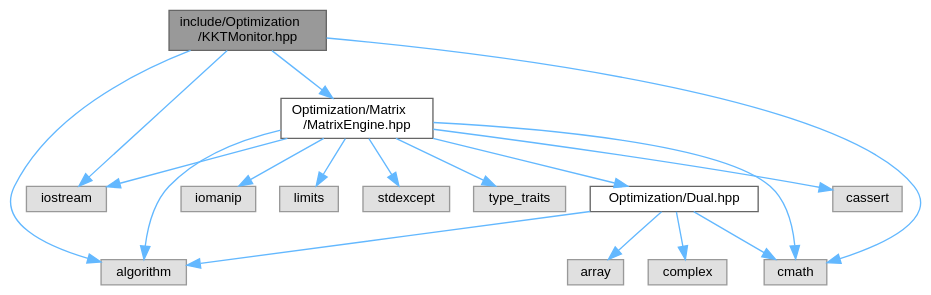
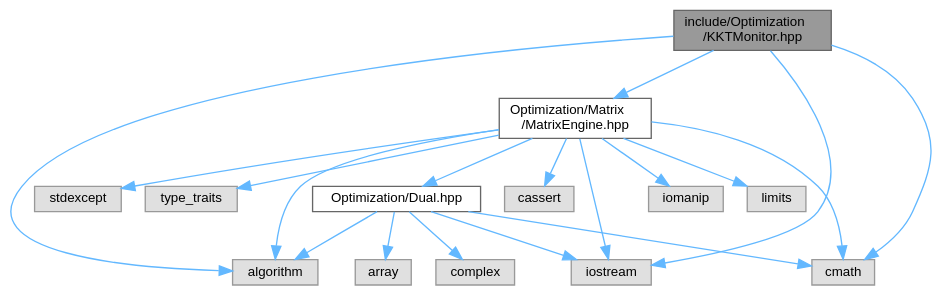
One commit to jswoo0615/Algorithms_for_Optimization_cpp changed the diagram in KKTMonitor_8hpp__incl.dot. Above: the diagram before and after it, drawn with Graphviz. The commit also changed 38 other files, not shown here.

```diff
--- a/KKTMonitor_8hpp__incl.dot
+++ b/KKTMonitor_8hpp__incl.dot
@@ -1,37 +1,38 @@
 digraph "include/Optimization/KKTMonitor.hpp"
 {
  // LATEX_PDF_SIZE
   bgcolor="transparent";
   edge [fontname=Helvetica,fontsize=10,labelfontname=Helvetica,labelfontsize=10];
   node [fontname=Helvetica,fontsize=10,shape=box,height=0.2,width=0.4];
   Node1 [id="Node000001",label="include/Optimization\l/KKTMonitor.hpp",height=0.2,width=0.4,color="gray40", fillcolor="grey60", style="filled", fontcolor="black",tooltip="KKT(Karush-Kuhn-Tucker) 조건 감시 및 최적해 검증 모니터 구현"];
   Node1 -> Node2 [id="edge1_Node000001_Node000002",color="steelblue1",style="solid",tooltip=" "];
   Node2 [id="Node000002",label="algorithm",height=0.2,width=0.4,color="grey60", fillcolor="#E0E0E0", style="filled",tooltip=" "];
   Node1 -> Node3 [id="edge2_Node000001_Node000003",color="steelblue1",style="solid",tooltip=" "];
   Node3 [id="Node000003",label="cmath",height=0.2,width=0.4,color="grey60", fillcolor="#E0E0E0", style="filled",tooltip=" "];
   Node1 -> Node4 [id="edge3_Node000001_Node000004",color="steelblue1",style="solid",tooltip=" "];
   Node4 [id="Node000004",label="iostream",height=0.2,width=0.4,color="grey60", fillcolor="#E0E0E0", style="filled",tooltip=" "];
   Node1 -> Node5 [id="edge4_Node000001_Node000005",color="steelblue1",style="solid",tooltip=" "];
   Node5 [id="Node000005",label="Optimization/Matrix\l/MatrixEngine.hpp",height=0.2,width=0.4,color="grey40", fillcolor="white", style="filled",URL="$MatrixEngine_8hpp_source.html",tooltip=" "];
   Node5 -> Node2 [id="edge5_Node000005_Node000002",color="steelblue1",style="solid",tooltip=" "];
   Node5 -> Node6 [id="edge6_Node000005_Node000006",color="steelblue1",style="solid",tooltip=" "];
   Node6 [id="Node000006",label="cassert",height=0.2,width=0.4,color="grey60", fillcolor="#E0E0E0", style="filled",tooltip=" "];
   Node5 -> Node3 [id="edge7_Node000005_Node000003",color="steelblue1",style="solid",tooltip=" "];
   Node5 -> Node7 [id="edge8_Node000005_Node000007",color="steelblue1",style="solid",tooltip=" "];
   Node7 [id="Node000007",label="iomanip",height=0.2,width=0.4,color="grey60", fillcolor="#E0E0E0", style="filled",tooltip=" "];
   Node5 -> Node4 [id="edge9_Node000005_Node000004",color="steelblue1",style="solid",tooltip=" "];
   Node5 -> Node8 [id="edge10_Node000005_Node000008",color="steelblue1",style="solid",tooltip=" "];
   Node8 [id="Node000008",label="limits",height=0.2,width=0.4,color="grey60", fillcolor="#E0E0E0", style="filled",tooltip=" "];
   Node5 -> Node9 [id="edge11_Node000005_Node000009",color="steelblue1",style="solid",tooltip=" "];
   Node9 [id="Node000009",label="stdexcept",height=0.2,width=0.4,color="grey60", fillcolor="#E0E0E0", style="filled",tooltip=" "];
   Node5 -> Node10 [id="edge12_Node000005_Node000010",color="steelblue1",style="solid",tooltip=" "];
   Node10 [id="Node000010",label="type_traits",height=0.2,width=0.4,color="grey60", fillcolor="#E0E0E0", style="filled",tooltip=" "];
   Node5 -> Node11 [id="edge13_Node000005_Node000011",color="steelblue1",style="solid",tooltip=" "];
   Node11 [id="Node000011",label="Optimization/Dual.hpp",height=0.2,width=0.4,color="grey40", fillcolor="white", style="filled",URL="$Dual_8hpp_source.html",tooltip=" "];
   Node11 -> Node2 [id="edge14_Node000011_Node000002",color="steelblue1",style="solid",tooltip=" "];
   Node11 -> Node12 [id="edge15_Node000011_Node000012",color="steelblue1",style="solid",tooltip=" "];
   Node12 [id="Node000012",label="array",height=0.2,width=0.4,color="grey60", fillcolor="#E0E0E0", style="filled",tooltip=" "];
   Node11 -> Node3 [id="edge16_Node000011_Node000003",color="steelblue1",style="solid",tooltip=" "];
   Node11 -> Node13 [id="edge17_Node000011_Node000013",color="steelblue1",style="solid",tooltip=" "];
   Node13 [id="Node000013",label="complex",height=0.2,width=0.4,color="grey60", fillcolor="#E0E0E0", style="filled",tooltip=" "];
+  Node11 -> Node4 [id="edge18_Node000011_Node000004",color="steelblue1",style="solid",tooltip=" "];
 }
```
